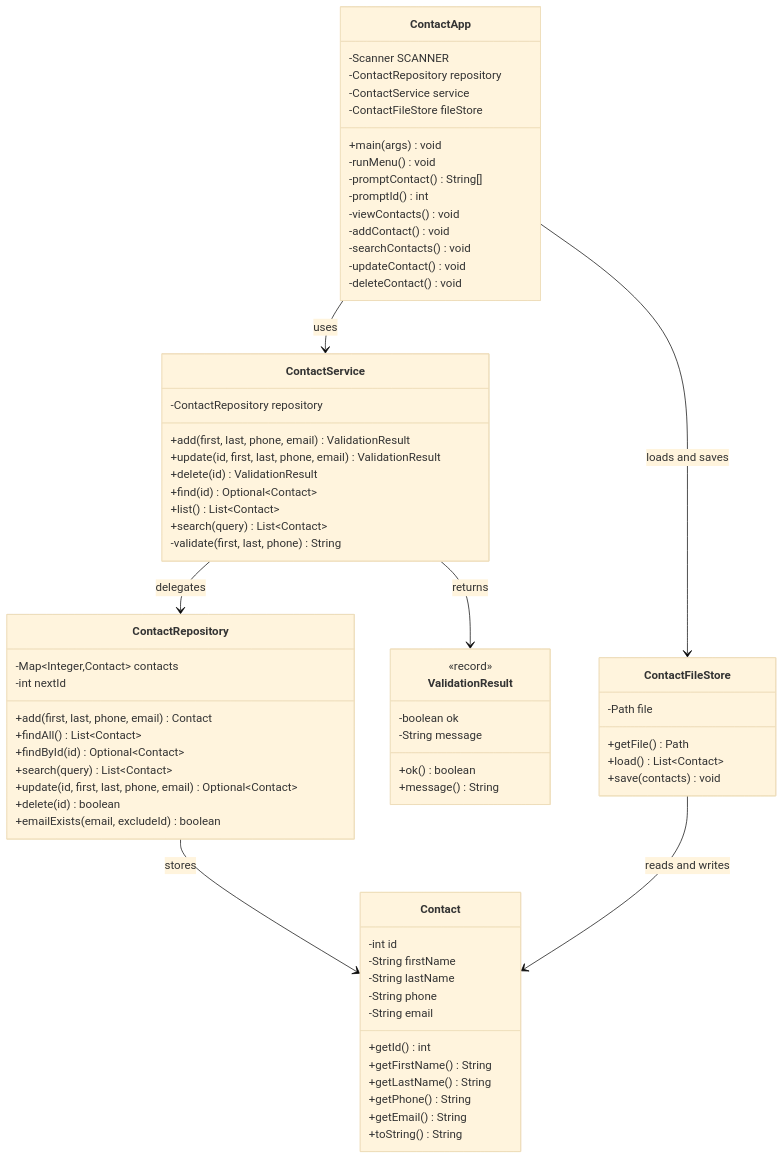
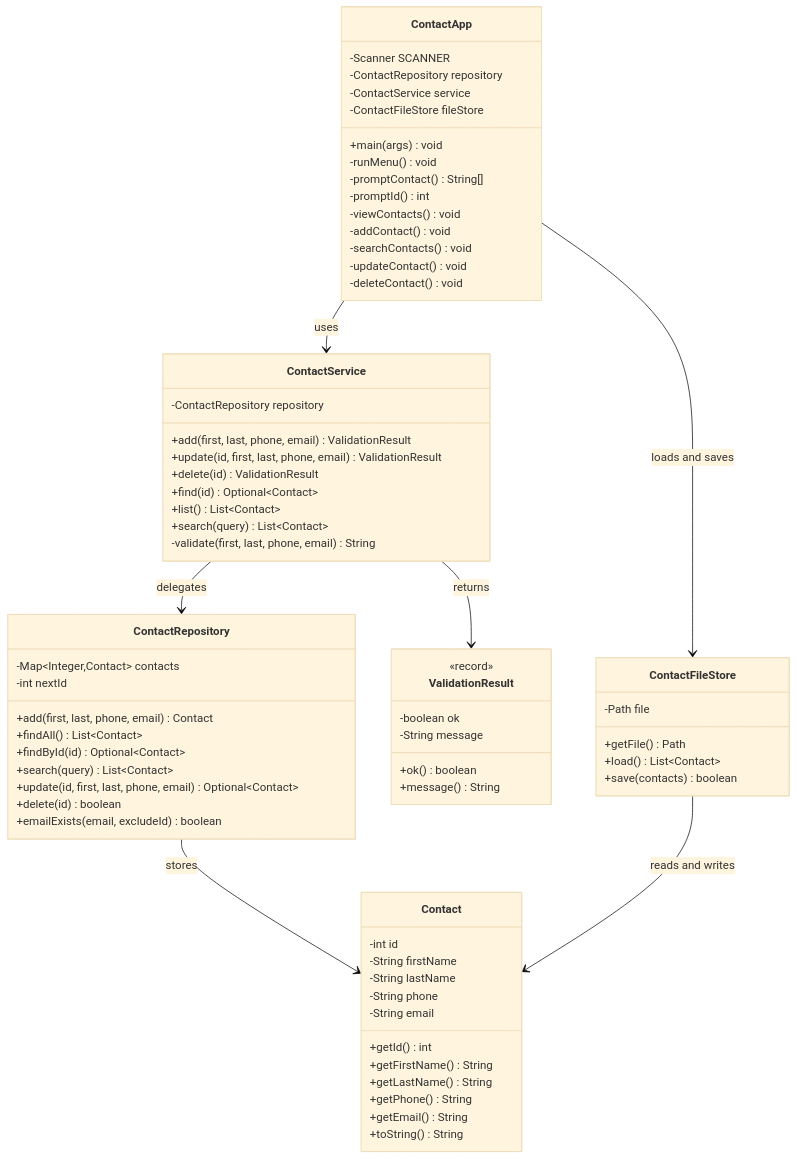
The second of 2 diagrams in contact-workshop/design.md (tukue/java-fundamentals), drawn with Mermaid (base theme) before and after one commit. The commit also changed other lines of this file and 21 other files, not shown here.

````diff
--- a/contact-workshop/design.md
+++ b/contact-workshop/design.md
@@ -110,77 +114,77 @@
 ```mermaid
 classDiagram
     class Contact {
         -int id
         -String firstName
         -String lastName
         -String phone
         -String email
         +getId() int
         +getFirstName() String
         +getLastName() String
         +getPhone() String
         +getEmail() String
         +toString() String
     }
 
     class ContactRepository {
         -Map~Integer,Contact~ contacts
         -int nextId
         +add(first, last, phone, email) Contact
         +findAll() List~Contact~
         +findById(id) Optional~Contact~
         +search(query) List~Contact~
         +update(id, first, last, phone, email) Optional~Contact~
         +delete(id) boolean
         +emailExists(email, excludeId) boolean
     }
 
     class ContactService {
         -ContactRepository repository
         +add(first, last, phone, email) ValidationResult
         +update(id, first, last, phone, email) ValidationResult
         +delete(id) ValidationResult
         +find(id) Optional~Contact~
         +list() List~Contact~
         +search(query) List~Contact~
-        -validate(first, last, phone) String
+        -validate(first, last, phone, email) String
     }
 
     class ValidationResult {
         <<record>>
         -boolean ok
         -String message
         +ok() boolean
         +message() String
     }
 
     class ContactFileStore {
         -Path file
         +getFile() Path
         +load() List~Contact~
-        +save(contacts) void
+        +save(contacts) boolean
     }
 
     class ContactApp {
         -Scanner SCANNER
         -ContactRepository repository
         -ContactService service
         -ContactFileStore fileStore
         +main(args) void
         -runMenu() void
         -promptContact() String[]
         -promptId() int
         -viewContacts() void
         -addContact() void
         -searchContacts() void
         -updateContact() void
         -deleteContact() void
     }
 
     ContactApp --> ContactService : uses
     ContactApp --> ContactFileStore : loads and saves
     ContactService --> ContactRepository : delegates
     ContactService --> ValidationResult : returns
     ContactRepository --> Contact : stores
     ContactFileStore --> Contact : reads and writes
 ```
````
